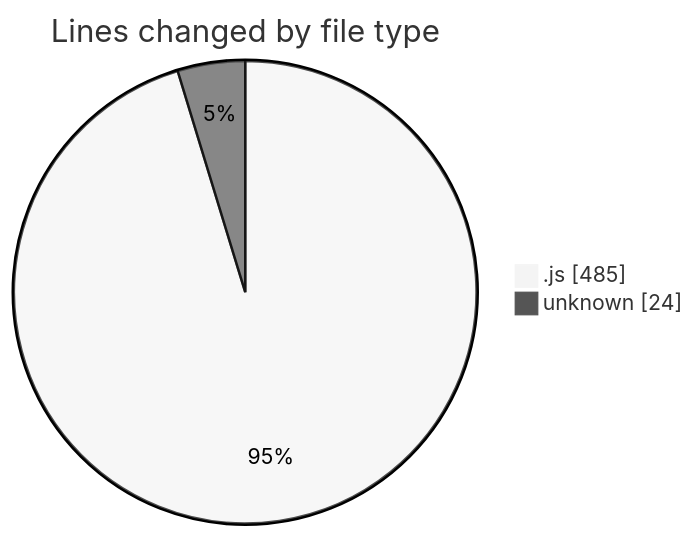
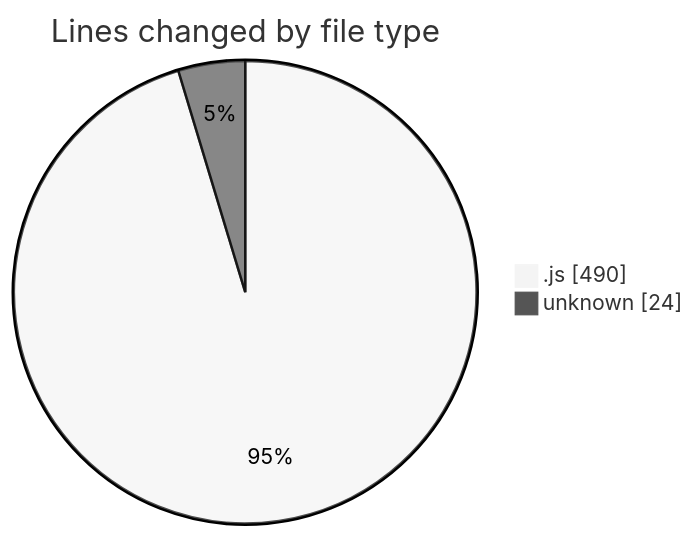
One commit to momahboobian/code-tracking changed the first of 2 diagrams in 2025-02-03/cda/README.md. Above: the diagram before and after it, drawn with Mermaid (neutral theme). The commit also changed other lines of this file and 1 other file, not shown here.

````diff
--- a/2025-02-03/cda/README.md
+++ b/2025-02-03/cda/README.md
@@ -24,6 +24,6 @@
 ```mermaid
 pie showData
 title Lines changed by file type
-".js" : 485
+".js" : 490
 "unknown" : 24
 ```
````
